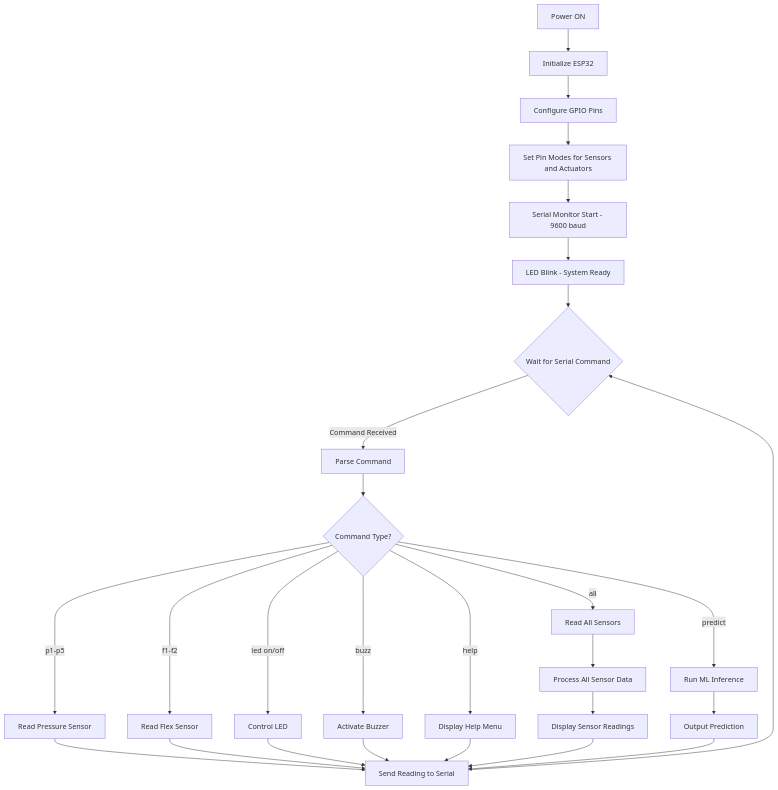
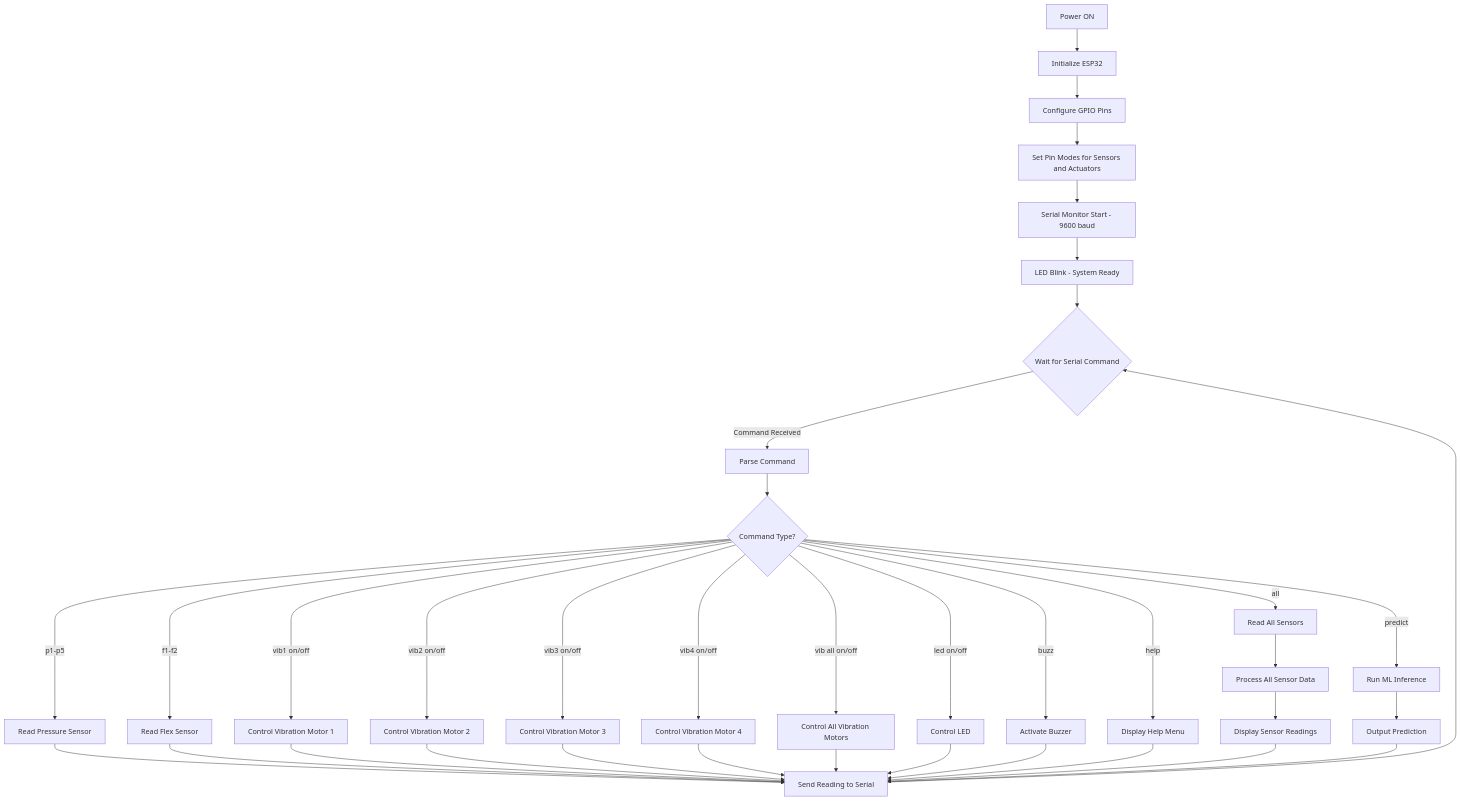
Before and after one commit to qppd/smart-chair: the diagram in README.md, drawn with Mermaid. The commit also changed other lines of this file and 1 other file, not shown here.

Commit message:
Add vibration motor testing commands and update documentation

````diff
--- a/README.md
+++ b/README.md
@@ -89,36 +89,46 @@
 ```mermaid
 graph TD
     A[Power ON] --> B[Initialize ESP32]
     B --> C[Configure GPIO Pins]
     C --> D[Set Pin Modes for Sensors and Actuators]
     D --> E[Serial Monitor Start - 9600 baud]
     E --> F[LED Blink - System Ready]
     F --> G{Wait for Serial Command}
     
     G -->|Command Received| H[Parse Command]
     H --> I{Command Type?}
     
     I -->|p1-p5| J[Read Pressure Sensor]
     I -->|f1-f2| L[Read Flex Sensor]
+    I -->|vib1 on/off| V1[Control Vibration Motor 1]
+    I -->|vib2 on/off| V2[Control Vibration Motor 2]
+    I -->|vib3 on/off| V3[Control Vibration Motor 3]
+    I -->|vib4 on/off| V4[Control Vibration Motor 4]
+    I -->|vib all on/off| VA[Control All Vibration Motors]
     I -->|led on/off| M[Control LED]
     I -->|buzz| N[Activate Buzzer]
     I -->|all| O[Read All Sensors]
     I -->|predict| PP[Run ML Inference]
     I -->|help| P[Display Help Menu]
     
     J --> Q[Send Reading to Serial]
     L --> Q
+    V1 --> Q
+    V2 --> Q
+    V3 --> Q
+    V4 --> Q
+    VA --> Q
     M --> Q
     N --> Q
     O --> R[Process All Sensor Data]
     PP --> QQ[Output Prediction]
     P --> Q
     
     R --> S[Display Sensor Readings]
     
     S --> Q
     
     QQ --> Q
     
     Q --> G
 ```
````
